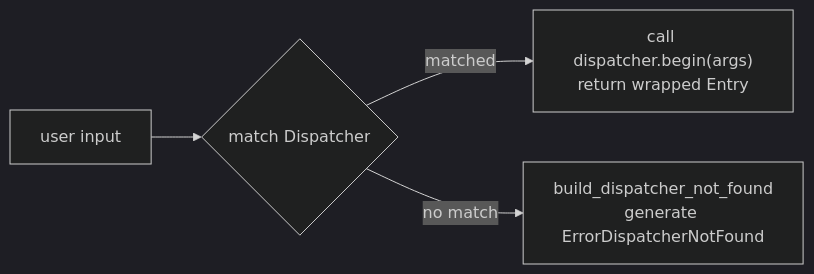
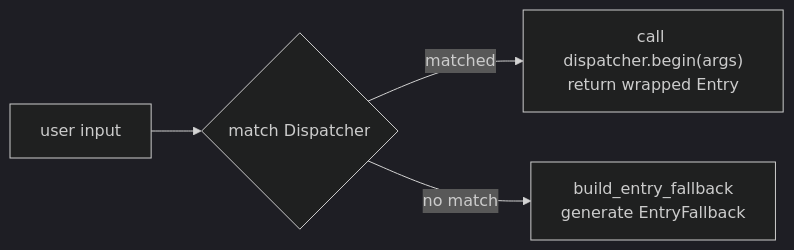
One commit to mingling-rs/mingling changed the second of 3 diagrams in docs/pages/concepts/1-the-pipeline.md. Above: the diagram before and after it, drawn with Mermaid (dark theme). The commit also changed other lines of this file and 25 other files, not shown here.

First line of the commit message:
chore!: rename ErrorDispatcherNotFound to EntryFallback

````diff
--- a/docs/pages/concepts/1-the-pipeline.md
+++ b/docs/pages/concepts/1-the-pipeline.md
@@ -41,6 +41,6 @@
 ```mermaid
 graph LR
     Input["user input"] --> M{"match Dispatcher"}
     M -->|"matched"| E["call dispatcher.begin(args)<br/>return wrapped Entry"]
-    M -->|"no match"| NF["build_dispatcher_not_found<br/>generate ErrorDispatcherNotFound"]
+    M -->|"no match"| NF["build_entry_fallback<br/>generate EntryFallback"]
 ```
````
